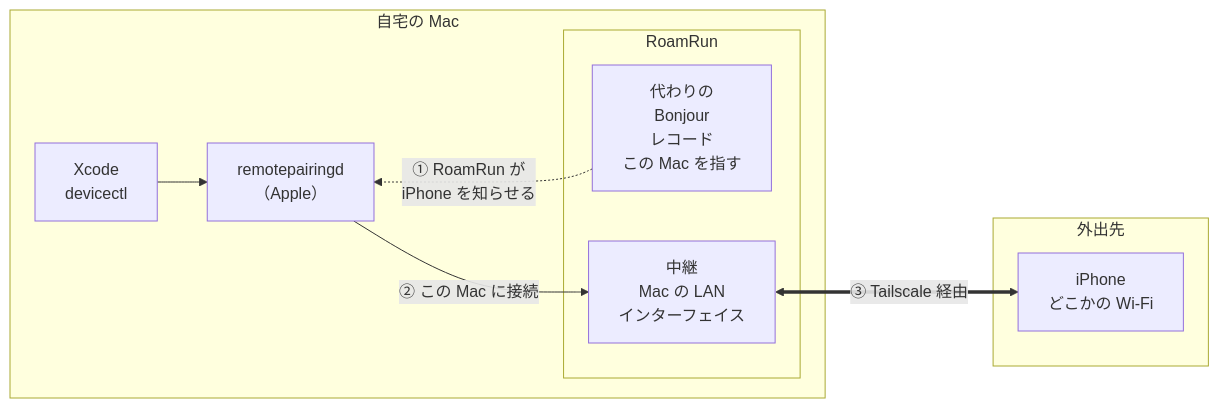
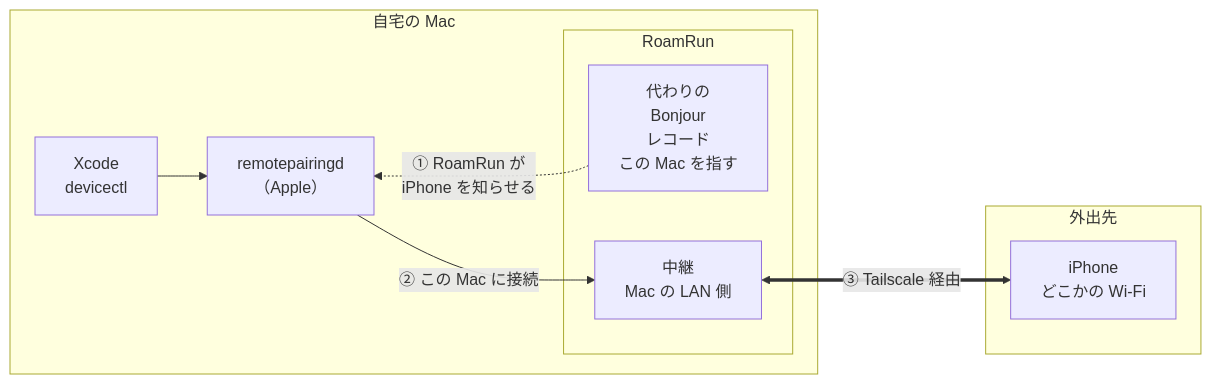
Before and after one commit to mh-mobile/RoamRun: the diagram in README.ja.md, drawn with Mermaid. The commit also changed 1 other file, not shown here.

Commit message:
README.ja, How it works: a relay label that fits its box on GitHub

````diff
--- a/README.ja.md
+++ b/README.ja.md
@@ -23,17 +23,17 @@
 ```mermaid
 flowchart LR
   subgraph mac["自宅の Mac"]
     xcode["Xcode<br/>devicectl"] --> rpd["remotepairingd<br/>（Apple）"]
     subgraph rr["RoamRun"]
       fake["代わりの<br/>Bonjour<br/>レコード<br/>この Mac を指す"]
-      relay["中継<br/>Mac の LAN<br/>インターフェイス"]
+      relay["中継<br/>Mac の LAN 側"]
     end
     rpd ~~~ fake
     fake -. "① RoamRun が<br/>iPhone を知らせる" .-> rpd
     rpd -- "② この Mac に接続" --> relay
   end
   subgraph away["外出先"]
     iphone["iPhone<br/>どこかの Wi-Fi"]
   end
   relay <== "③ Tailscale 経由" ==> iphone
 ```
````
